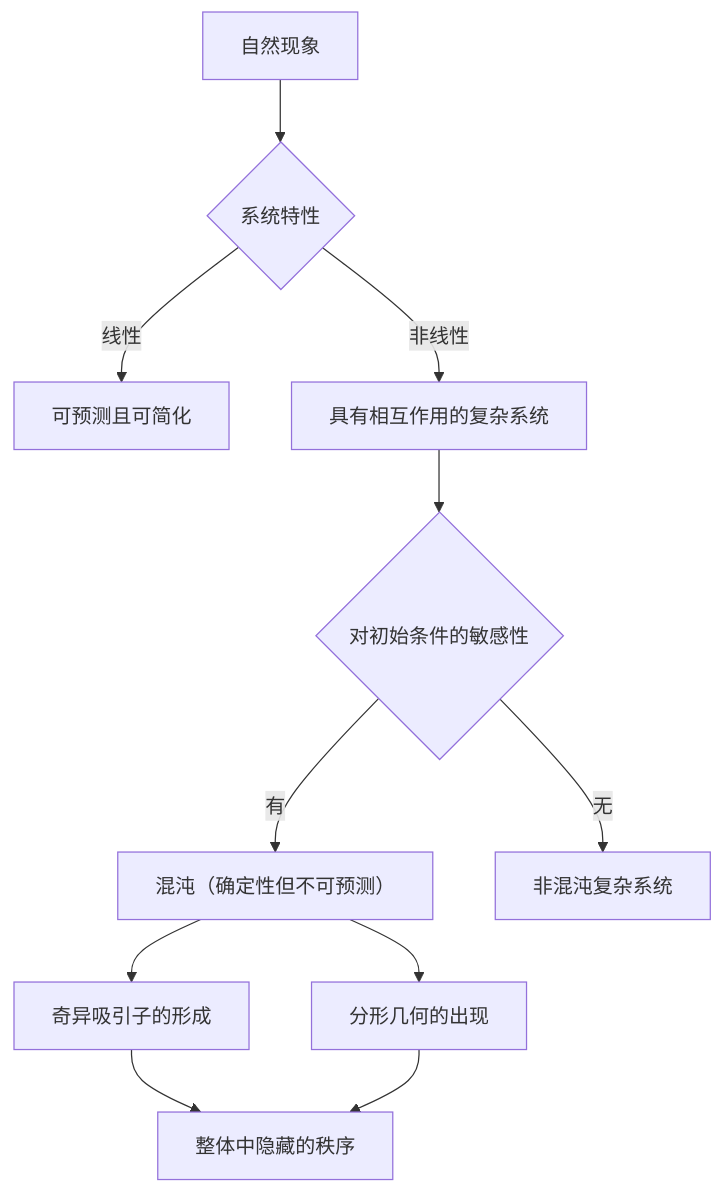
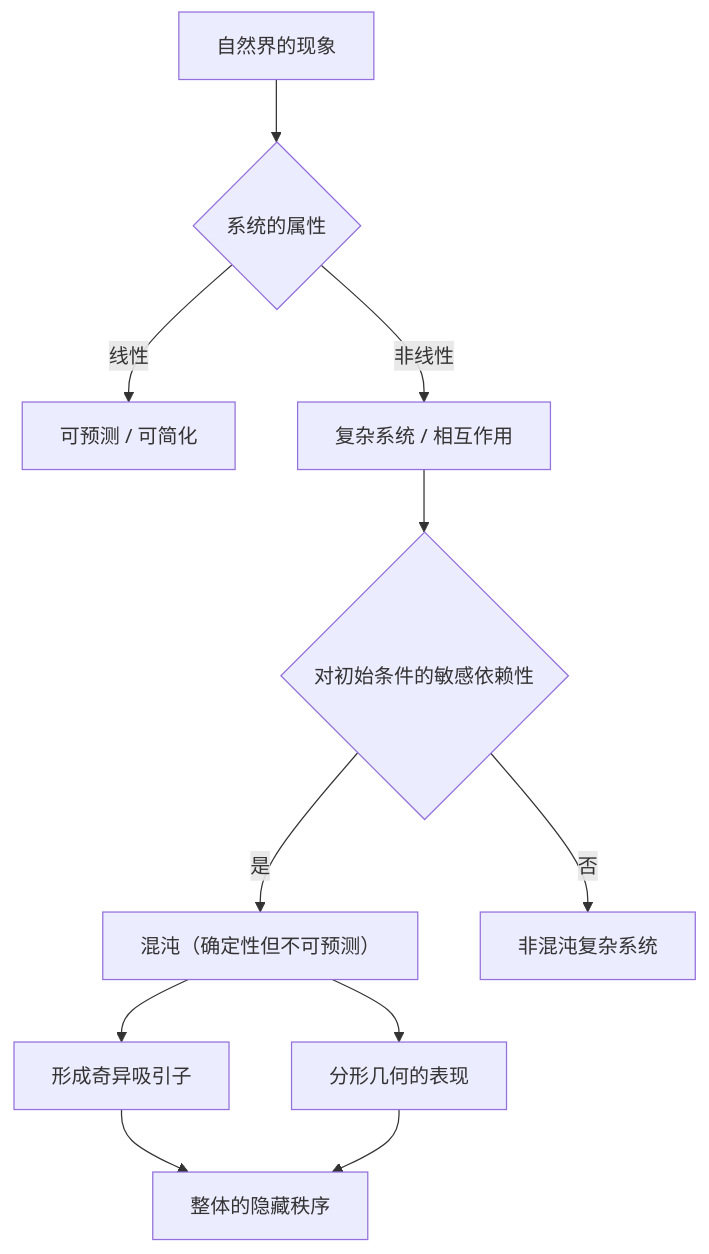
Before and after one commit to kenjinote/blog: the second of 2 diagrams in content/post/chaos-theory/index.zh-cn.md, drawn with Mermaid. The commit also changed other lines of this file and 97 other files, not shown here.

````diff
--- a/content/post/chaos-theory/index.zh-cn.md
+++ b/content/post/chaos-theory/index.zh-cn.md
@@ -201,13 +201,13 @@
 ```mermaid
 graph TD
-    A["自然现象"] --> B{"系统特性"}
-    B -->|"线性"| C["可预测且可简化"]
-    B -->|"非线性"| D["具有相互作用的复杂系统"]
-    D --> E{"对初始条件的敏感性"}
-    E -->|"有"| F["混沌（确定性但不可预测）"]
-    E -->|"无"| G["非混沌复杂系统"]
-    F --> H["奇异吸引子的形成"]
-    F --> I["分形几何的出现"]
-    H --> J["整体中隐藏的秩序"]
+    A["自然界的现象"] --> B{"系统的属性"}
+    B -->|"线性"| C["可预测 / 可简化"]
+    B -->|"非线性"| D["复杂系统 / 相互作用"]
+    D --> E{"对初始条件的敏感依赖性"}
+    E -->|"是"| F["混沌（确定性但不可预测）"]
+    E -->|"否"| G["非混沌复杂系统"]
+    F --> H["形成奇异吸引子"]
+    F --> I["分形几何的表现"]
+    H --> J["整体的隐藏秩序"]
     I --> J
 ```
````
